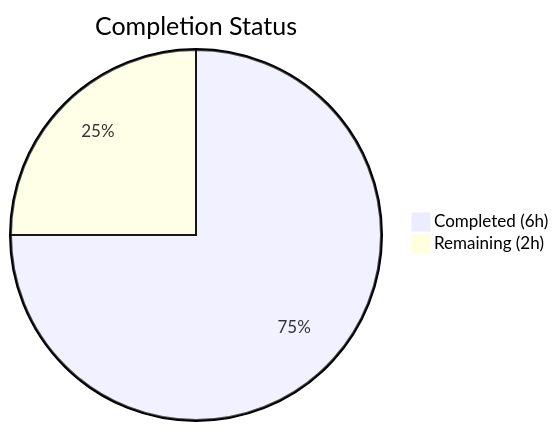
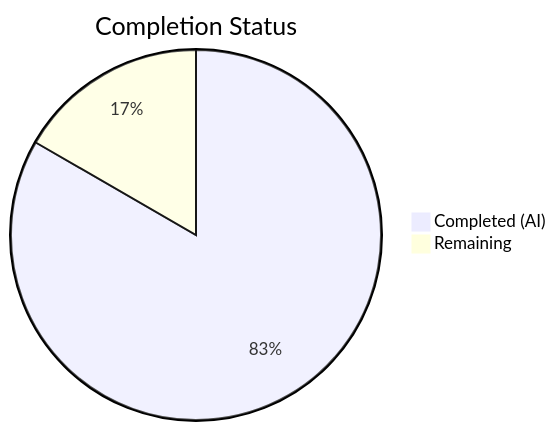
One commit to Blitzy-Sandbox/blitzy-openclaw changed the first of 2 diagrams in blitzy/documentation/Project Guide.md. Above: the diagram before and after it, drawn with Mermaid. The commit also changed other lines of this file, not shown here.

Commit message:
Adding Blitzy Project Guide: Project Status and Human Tasks Remaining

````diff
--- a/blitzy/documentation/Project Guide.md
+++ b/blitzy/documentation/Project Guide.md
@@ -13,5 +13,5 @@
 ```mermaid
 pie title Completion Status
-    "Completed (6h)" : 6
-    "Remaining (2h)" : 2
+    "Completed (AI)" : 5
+    "Remaining" : 1
 ```
````
